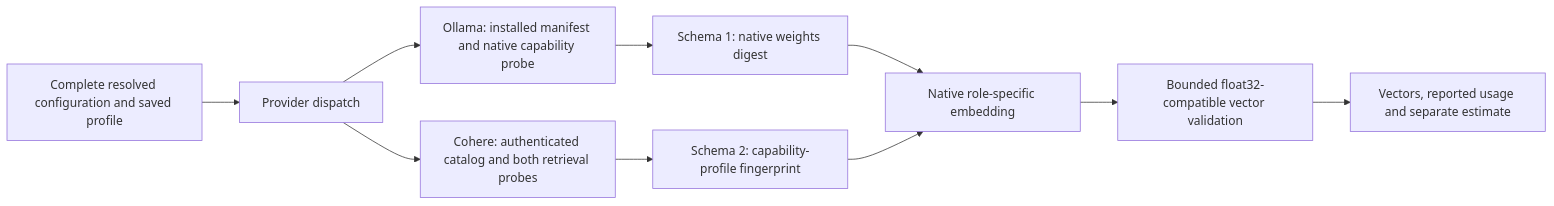
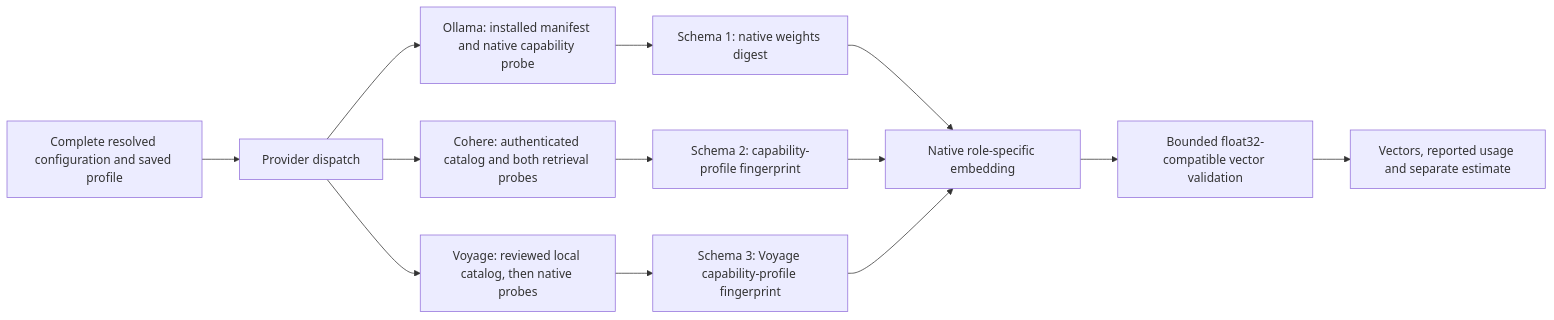
Before and after one commit to SimonLoir/vectorix: the diagram in packages/embeddings/README.md, drawn with Mermaid. The commit also changed other lines of this file and 35 other files, not shown here.

Commit message:
feat(rag): add native Voyage indexing and search

````diff
--- a/packages/embeddings/README.md
+++ b/packages/embeddings/README.md
@@ -16,12 +17,15 @@
 ```mermaid
 flowchart LR
     R["Complete resolved configuration and saved profile"] --> D["Provider dispatch"]
     D --> O["Ollama: installed manifest and native capability probe"]
     D --> C["Cohere: authenticated catalog and both retrieval probes"]
+    D --> VY["Voyage: reviewed local catalog, then native probes"]
     O --> W["Schema 1: native weights digest"]
     C --> P["Schema 2: capability-profile fingerprint"]
+    VY --> VP["Schema 3: Voyage capability-profile fingerprint"]
     W --> E["Native role-specific embedding"]
     P --> E
+    VP --> E
     E --> V["Bounded float32-compatible vector validation"]
     V --> U["Vectors, reported usage and separate estimate"]
 ```
````
